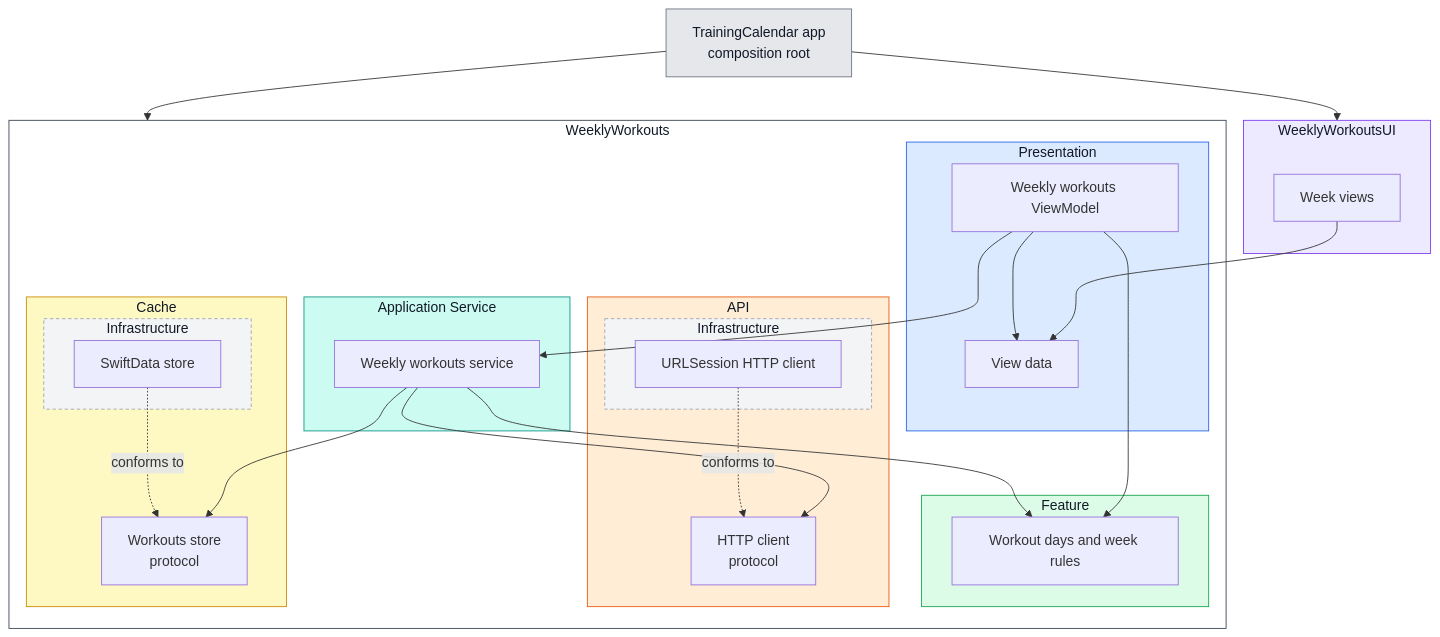
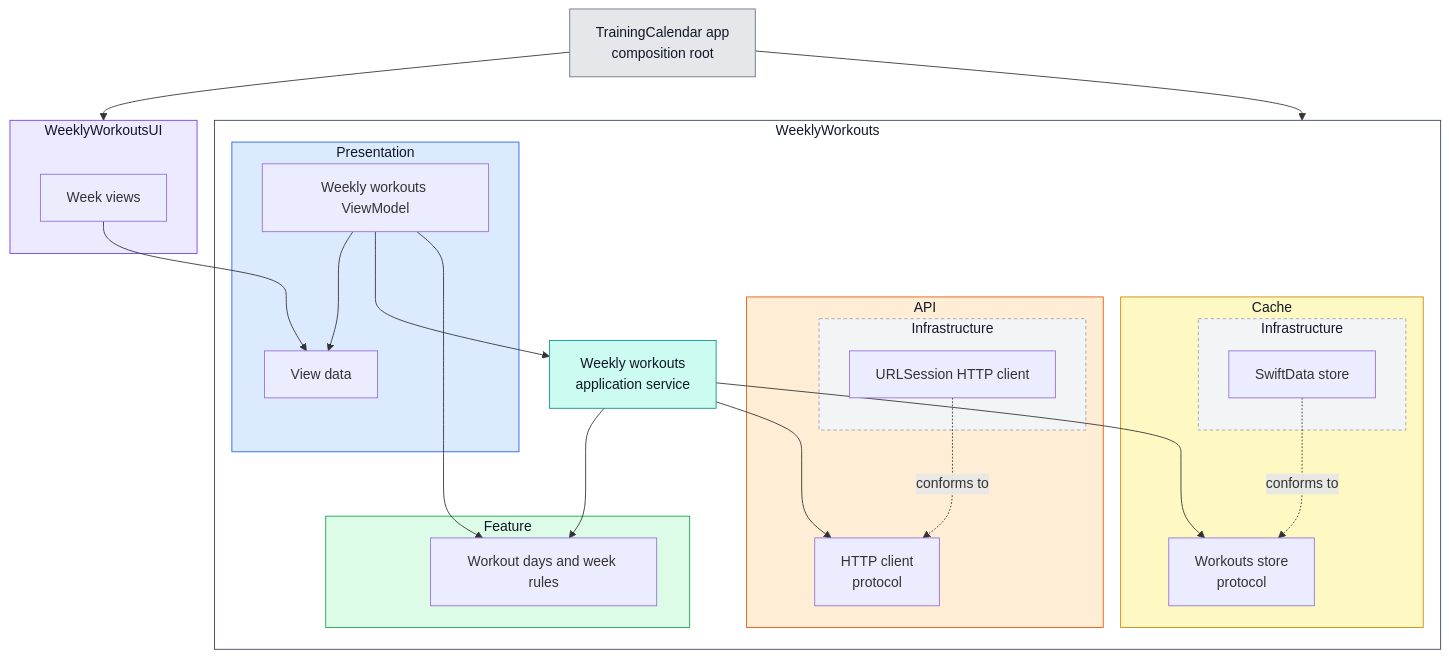
One commit to tringuyen623/training-calendar changed the second of 2 diagrams in README.md. Above: the diagram before and after it, drawn with Mermaid. The commit also changed other lines of this file, not shown here.

Commit message:
Describe `WeeklyWorkoutsService` as the application service at the module root in the README and diagram

````diff
--- a/README.md
+++ b/README.md
@@ -385,56 +385,54 @@
 ```mermaid
 graph TD
     App["TrainingCalendar app<br/>composition root"]
 
     subgraph UIModule["WeeklyWorkoutsUI"]
         Views["Week views"]
     end
 
     subgraph Package["WeeklyWorkouts"]
         subgraph Presentation["Presentation"]
             ViewModel["Weekly workouts ViewModel"]
             ViewData["View data"]
         end
-        subgraph Application["Application Service"]
-            Service["Weekly workouts service"]
-        end
+        Service["Weekly workouts<br/>application service"]
         subgraph Feature["Feature"]
             Domain["Workout days and week rules"]
         end
         subgraph API["API"]
             Client["HTTP client<br/>protocol"]
             subgraph APIInfra["Infrastructure"]
                 URLSession["URLSession HTTP client"]
             end
         end
         subgraph Cache["Cache"]
             Store["Workouts store<br/>protocol"]
             subgraph CacheInfra["Infrastructure"]
                 SwiftData["SwiftData store"]
             end
         end
     end
 
     App --> UIModule
     App --> Package
     Views --> ViewData
     ViewModel --> ViewData
     ViewModel --> Service
     ViewModel --> Domain
     Service --> Domain
     Service --> Client
     Service --> Store
     URLSession -. conforms to .-> Client
     SwiftData -. conforms to .-> Store
 
     style App fill:#E5E7EB,stroke:#6B7280,color:#111827
     style UIModule fill:#EDE9FE,stroke:#7C3AED,color:#111827
     style Package fill:#FFFFFF,stroke:#374151,color:#111827
     style Presentation fill:#DBEAFE,stroke:#2563EB,color:#111827
-    style Application fill:#CCFBF1,stroke:#0D9488,color:#111827
+    style Service fill:#CCFBF1,stroke:#0D9488,color:#111827
     style Feature fill:#DCFCE7,stroke:#16A34A,color:#111827
     style API fill:#FFEDD5,stroke:#EA580C,color:#111827
     style Cache fill:#FEF9C3,stroke:#CA8A04,color:#111827
     style APIInfra fill:#F3F4F6,stroke:#9CA3AF,stroke-dasharray:4 3,color:#111827
     style CacheInfra fill:#F3F4F6,stroke:#9CA3AF,stroke-dasharray:4 3,color:#111827
 ```
````
